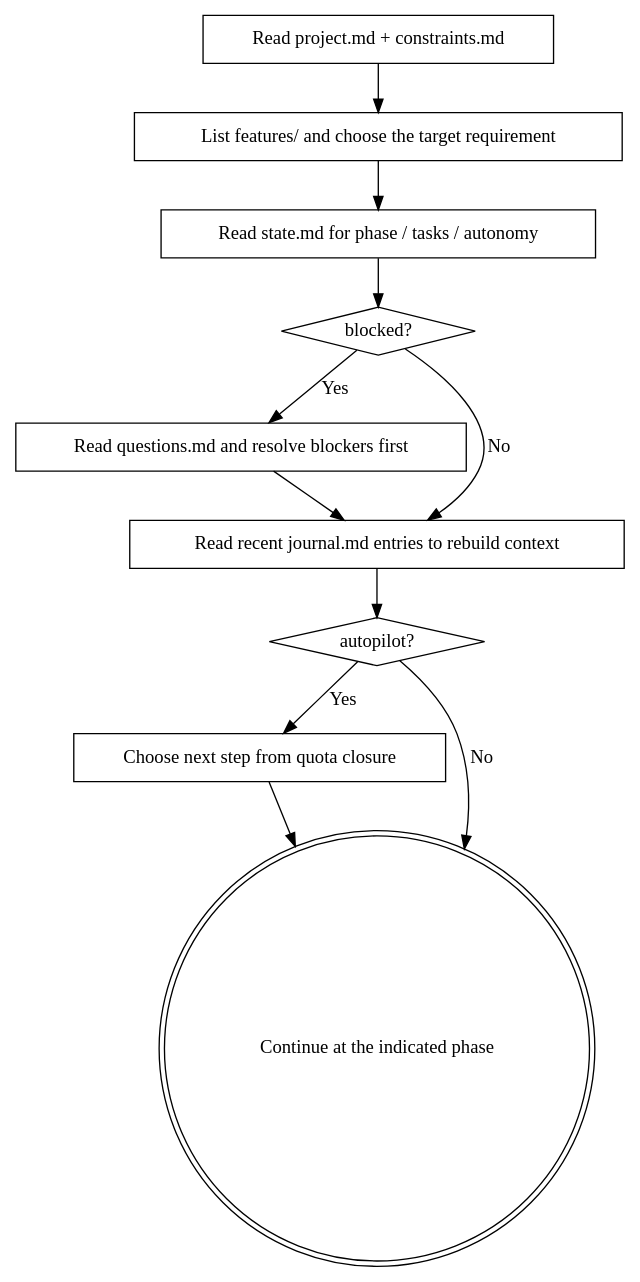
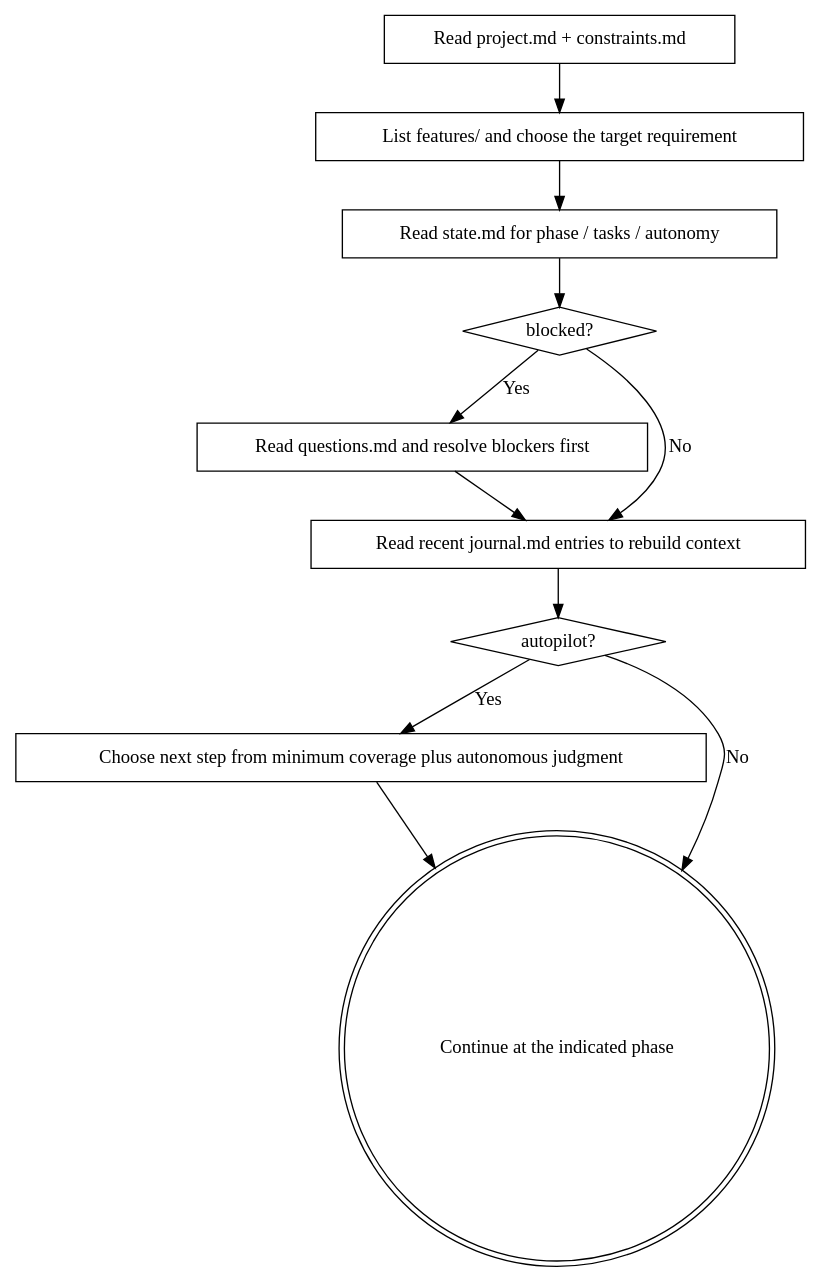
The diagram in locales/en/plugins/sandtable/skills/SKILL.md (andoop/sandtable), drawn with Graphviz before and after one commit. The commit also changed other lines of this file and 198 other files, not shown here.

````diff
--- a/locales/en/plugins/sandtable/skills/SKILL.md
+++ b/locales/en/plugins/sandtable/skills/SKILL.md
@@ -87,22 +87,22 @@
 ```dot
 digraph resume {
   "Read project.md + constraints.md" [shape=box];
   "List features/ and choose the target requirement" [shape=box];
   "Read state.md for phase / tasks / autonomy" [shape=box];
   "blocked?" [shape=diamond];
   "Read questions.md and resolve blockers first" [shape=box];
   "Read recent journal.md entries to rebuild context" [shape=box];
   "autopilot?" [shape=diamond];
-  "Choose next step from quota closure" [shape=box];
+  "Choose next step from minimum coverage plus autonomous judgment" [shape=box];
   "Continue at the indicated phase" [shape=doublecircle];
 
   "Read project.md + constraints.md" -> "List features/ and choose the target requirement" -> "Read state.md for phase / tasks / autonomy" -> "blocked?";
   "blocked?" -> "Read questions.md and resolve blockers first" [label="Yes"];
   "blocked?" -> "Read recent journal.md entries to rebuild context" [label="No"];
   "Read questions.md and resolve blockers first" -> "Read recent journal.md entries to rebuild context";
   "Read recent journal.md entries to rebuild context" -> "autopilot?";
-  "autopilot?" -> "Choose next step from quota closure" [label="Yes"];
+  "autopilot?" -> "Choose next step from minimum coverage plus autonomous judgment" [label="Yes"];
   "autopilot?" -> "Continue at the indicated phase" [label="No"];
-  "Choose next step from quota closure" -> "Continue at the indicated phase";
+  "Choose next step from minimum coverage plus autonomous judgment" -> "Continue at the indicated phase";
 }
 ```
````
